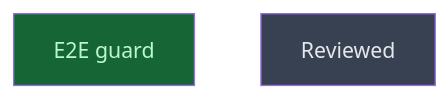
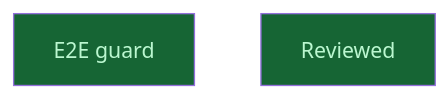
The diagram in __roadmap__/m6_5-agent-config/installed/proved/README.md (CrackingShells/Candler), drawn with Mermaid before and after one commit. The commit also changed other lines of this file and 10 other files, not shown here.

````diff
--- a/__roadmap__/m6_5-agent-config/installed/proved/README.md
+++ b/__roadmap__/m6_5-agent-config/installed/proved/README.md
@@ -16,10 +16,10 @@
 ```mermaid
 graph TD
     e2e_guard[E2E guard]:::done
-    reviewed[Reviewed]:::planned
+    reviewed[Reviewed]:::done
     classDef done       fill:#166534,color:#bbf7d0
     classDef inprogress fill:#854d0e,color:#fef08a
     classDef planned    fill:#374151,color:#e5e7eb
     classDef amendment  fill:#1e3a5f,color:#bfdbfe
     classDef blocked    fill:#7f1d1d,color:#fecaca
 ```
````
